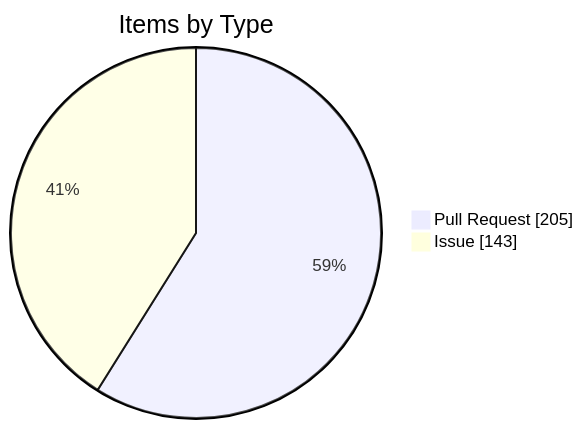
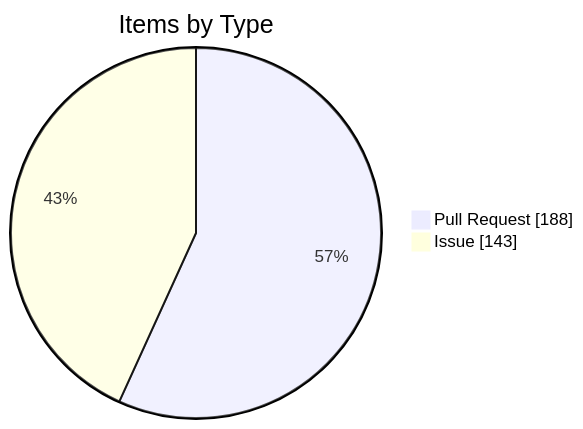
One commit to KBVE/kbve changed the fourth of 4 diagrams in apps/kbve/astro-kbve/src/content/docs/dashboard/kanban-data.mdx. Above: the diagram before and after it, drawn with Mermaid. The commit also changed other lines of this file and 8 other files, not shown here.

````diff
--- a/apps/kbve/astro-kbve/src/content/docs/dashboard/kanban-data.mdx
+++ b/apps/kbve/astro-kbve/src/content/docs/dashboard/kanban-data.mdx
@@ -116,6 +116,6 @@
 ```mermaid
 pie showData
     title Items by Type
-    "Pull Request" : 205
+    "Pull Request" : 188
     "Issue" : 143
 ```
````
